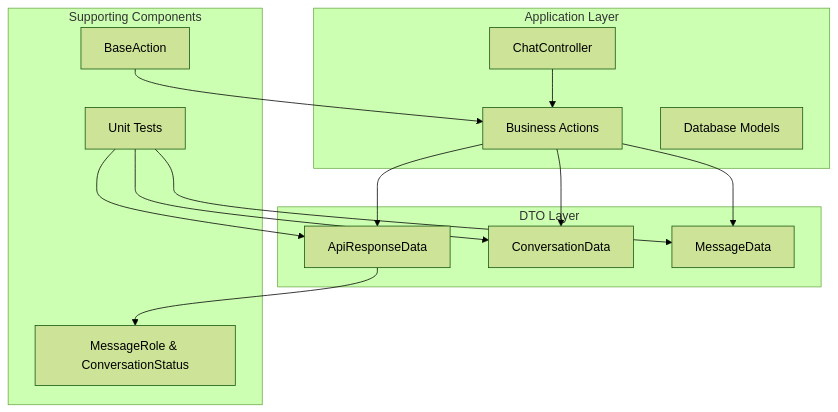
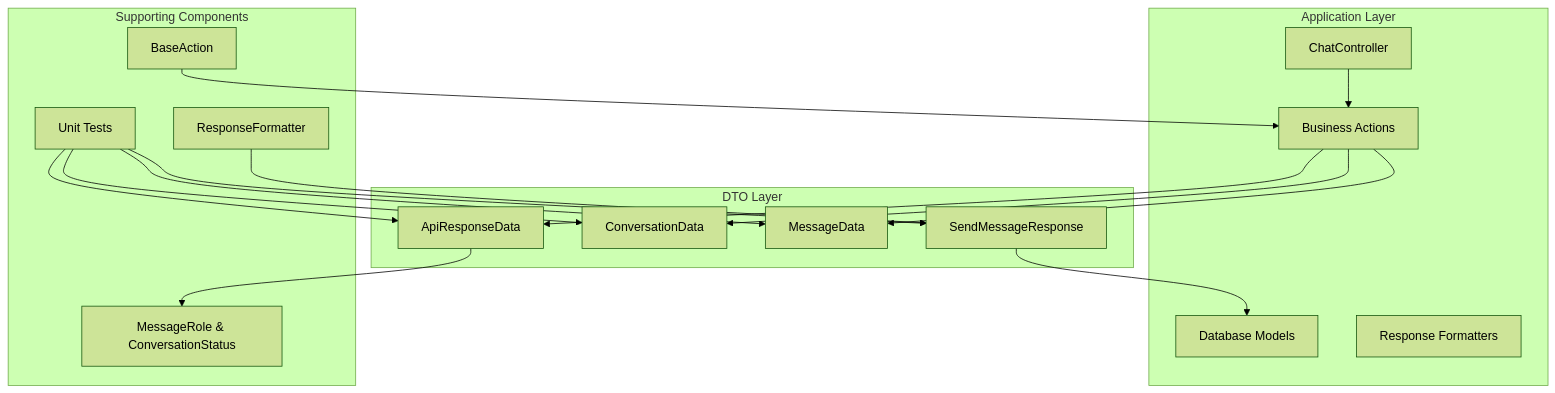
One commit to siimliimand/laravel-assistant changed the first of 12 diagrams in .qoder/repowiki/en/content/Data Transfer Objects Specification.md. Above: the diagram before and after it, drawn with Mermaid (forest theme). The commit also changed other lines of this file and 8 other files, not shown here.

First line of the commit message:
docs(actions): add PrepareChatViewAction and update architecture docs

````diff
--- a/.qoder/repowiki/en/content/Data Transfer Objects Specification.md
+++ b/.qoder/repowiki/en/content/Data Transfer Objects Specification.md
@@ -42,27 +53,33 @@
 ```mermaid
 graph TB
 subgraph "Application Layer"
 Controller[ChatController]
 Actions[Business Actions]
 Models[Database Models]
+Responses[Response Formatters]
 end
 subgraph "DTO Layer"
 ApiResponseDTO[ApiResponseData]
 ConversationDTO[ConversationData]
 MessageDTO[MessageData]
+SendMessageDTO[SendMessageResponse]
 end
 subgraph "Supporting Components"
 Enums[MessageRole & ConversationStatus]
 Tests[Unit Tests]
 BaseAction[BaseAction]
+Formatter[ResponseFormatter]
 end
 Controller --> Actions
 Actions --> ConversationDTO
 Actions --> MessageDTO
 Actions --> ApiResponseDTO
+SendMessageDTO --> Models
 ApiResponseDTO --> Enums
 Tests --> ApiResponseDTO
 Tests --> ConversationDTO
 Tests --> MessageDTO
+Tests --> SendMessageDTO
 BaseAction --> Actions
+Formatter --> SendMessageDTO
 ```
````
